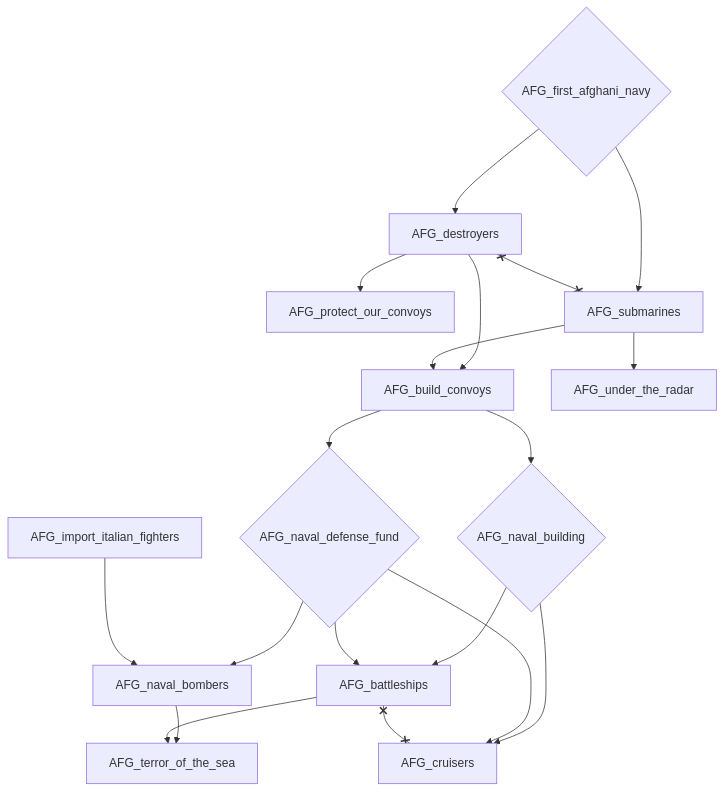
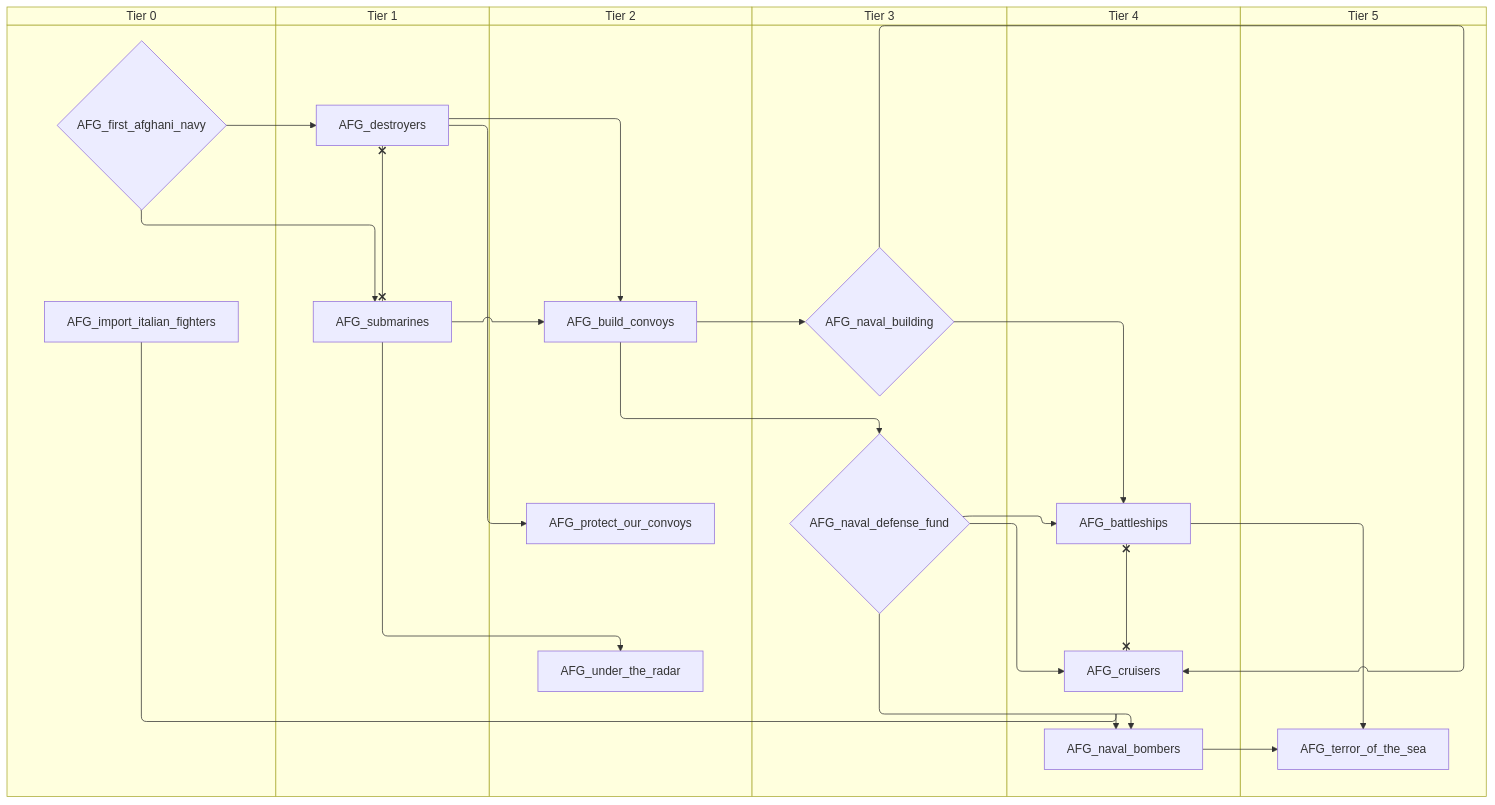
The fourth of 6 diagrams in docs/gdd/National Focuses/r56/r56_afghanistan.md (evgeny-sobol/hoi4-sandbox-mode-r56), drawn with Mermaid before and after one commit. The commit also changed other lines of this file and 423 other files, not shown here.

First line of the commit message:
Re-export Rt56 focus trees as swimlane diagrams

````diff
--- a/docs/gdd/National Focuses/r56/r56_afghanistan.md
+++ b/docs/gdd/National Focuses/r56/r56_afghanistan.md
@@ -156,34 +200,46 @@
 ```mermaid
-flowchart TD
-    n59["AFG_battleships"]
-    n60["AFG_build_convoys"]
-    n61["AFG_cruisers"]
-    n62["AFG_destroyers"]
-    n63{"AFG_first_afghani_navy"}
-    n64["AFG_import_italian_fighters"]
-    n65["AFG_naval_bombers"]
-    n66{"AFG_naval_building"}
-    n67{"AFG_naval_defense_fund"}
-    n68["AFG_protect_our_convoys"]
-    n69["AFG_submarines"]
-    n70["AFG_terror_of_the_sea"]
-    n71["AFG_under_the_radar"]
-    n66 --> n59
-    n67 --> n59
-    n62 --> n60
-    n69 --> n60
-    n66 --> n61
-    n67 --> n61
-    n63 --> n62
-    n67 --> n65
-    n64 --> n65
-    n60 --> n66
-    n60 --> n67
-    n62 --> n68
-    n63 --> n69
-    n65 --> n70
-    n59 --> n70
-    n69 --> n71
-    n59 x--x n61
-    n62 x--x n69
+swimlane-beta TD
+    subgraph tier_0["Tier 0"]
+        n59{"AFG_first_afghani_navy"}
+        n60["AFG_import_italian_fighters"]
+    end
+    subgraph tier_1["Tier 1"]
+        n61["AFG_destroyers"]
+        n62["AFG_submarines"]
+    end
+    subgraph tier_2["Tier 2"]
+        n63["AFG_build_convoys"]
+        n64["AFG_protect_our_convoys"]
+        n65["AFG_under_the_radar"]
+    end
+    subgraph tier_3["Tier 3"]
+        n66{"AFG_naval_building"}
+        n67{"AFG_naval_defense_fund"}
+    end
+    subgraph tier_4["Tier 4"]
+        n68["AFG_battleships"]
+        n69["AFG_cruisers"]
+        n70["AFG_naval_bombers"]
+    end
+    subgraph tier_5["Tier 5"]
+        n71["AFG_terror_of_the_sea"]
+    end
+    n66 --> n68
+    n67 --> n68
+    n61 --> n63
+    n62 --> n63
+    n66 --> n69
+    n67 --> n69
+    n59 --> n61
+    n67 --> n70
+    n60 --> n70
+    n63 --> n66
+    n63 --> n67
+    n61 --> n64
+    n59 --> n62
+    n70 --> n71
+    n68 --> n71
+    n62 --> n65
+    n68 x--x n69
+    n61 x--x n62
 ```
````
